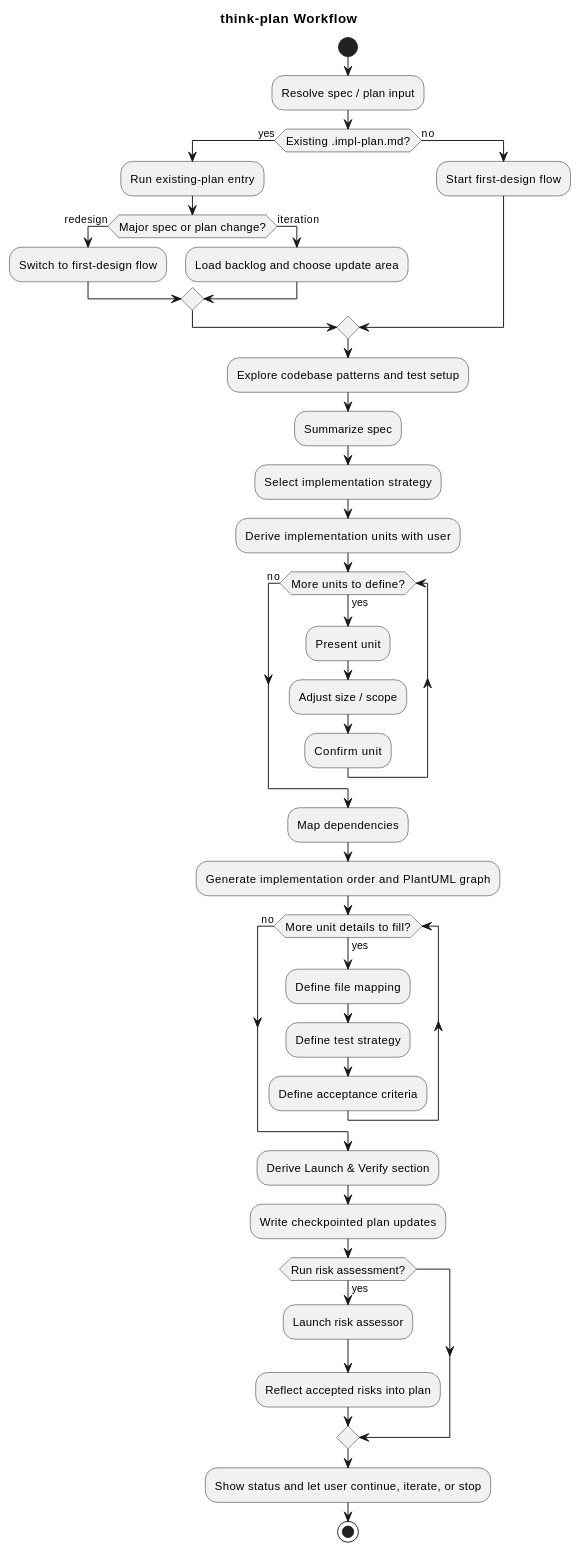
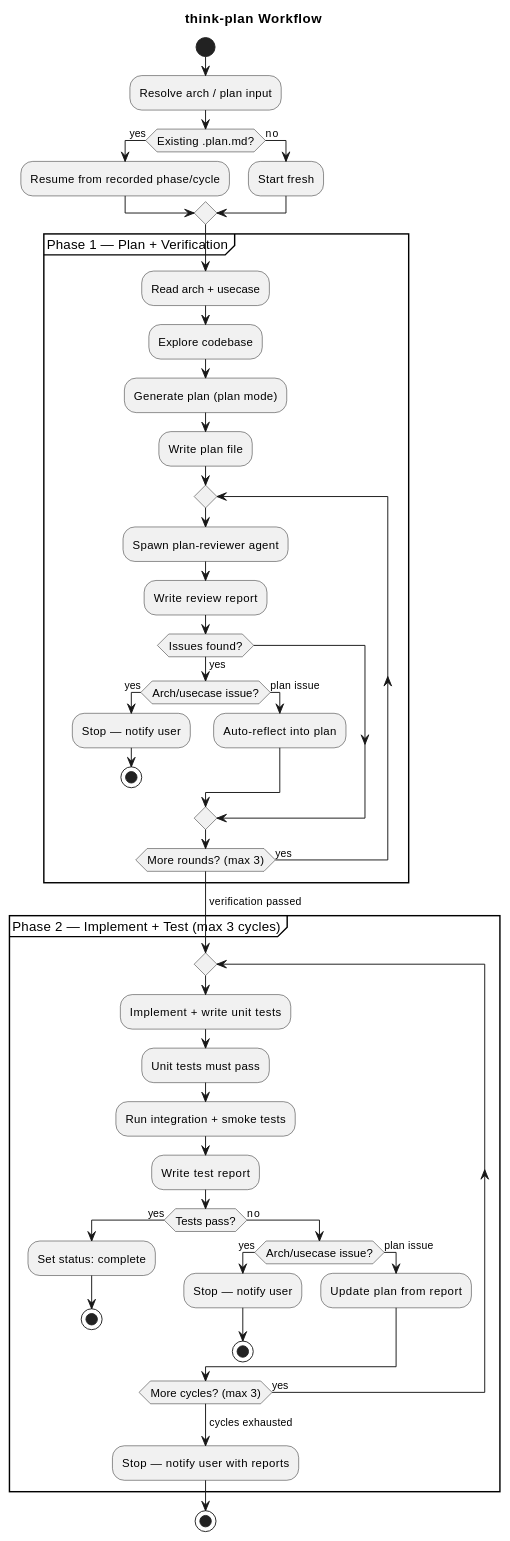
Before and after one commit to studykit/studykit-marketplace: the diagram in plugins/think/skills/think-plan/README.md, drawn with PlantUML. The commit also changed other lines of this file and 24 other files, not shown here.

First line of the commit message:
refactor(think): fold code and verify workflow into think-plan

````diff
--- a/plugins/think/skills/think-plan/README.md
+++ b/plugins/think/skills/think-plan/README.md
@@ -7,50 +7,60 @@
 ```plantuml
 @startuml think-plan-workflow
 title think-plan Workflow
 skinparam activityFontSize 12
 
 start
-:Resolve spec / plan input;
-if (Existing .impl-plan.md?) then (yes)
-  :Run existing-plan entry;
-  if (Major spec or plan change?) then (redesign)
-    :Switch to first-design flow;
-  else (iteration)
-    :Load backlog and choose update area;
-  endif
+:Resolve arch / plan input;
+
+if (Existing .plan.md?) then (yes)
+  :Resume from recorded phase/cycle;
 else (no)
-  :Start first-design flow;
+  :Start fresh;
 endif
 
-:Explore codebase patterns and test setup;
-:Summarize spec;
-:Select implementation strategy;
+partition "Phase 1 — Plan + Verification" {
+  :Read arch + usecase;
+  :Explore codebase;
+  :Generate plan (plan mode);
+  :Write plan file;
 
-:Derive implementation units with user;
-while (More units to define?) is (yes)
-  :Present unit;
-  :Adjust size / scope;
-  :Confirm unit;
-endwhile (no)
+  repeat
+    :Spawn plan-reviewer agent;
+    :Write review report;
+    if (Issues found?) then (yes)
+      if (Arch/usecase issue?) then (yes)
+        :Stop — notify user;
+        stop
+      else (plan issue)
+        :Auto-reflect into plan;
+      endif
+    endif
+  repeat while (More rounds? (max 3)) is (yes)
+  -> verification passed;
+}
 
-:Map dependencies;
-:Generate implementation order and PlantUML graph;
+partition "Phase 2 — Implement + Test (max 3 cycles)" {
+  repeat
+    :Implement + write unit tests;
+    :Unit tests must pass;
+    :Run integration + smoke tests;
+    :Write test report;
+    if (Tests pass?) then (yes)
+      :Set status: complete;
+      stop
+    else (no)
+      if (Arch/usecase issue?) then (yes)
+        :Stop — notify user;
+        stop
+      else (plan issue)
+        :Update plan from report;
+      endif
+    endif
+  repeat while (More cycles? (max 3)) is (yes)
+  -> cycles exhausted;
+  :Stop — notify user with reports;
+}
 
-while (More unit details to fill?) is (yes)
-  :Define file mapping;
-  :Define test strategy;
-  :Define acceptance criteria;
-endwhile (no)
-
-:Derive Launch & Verify section;
-:Write checkpointed plan updates;
-
-if (Run risk assessment?) then (yes)
-  :Launch risk assessor;
-  :Reflect accepted risks into plan;
-endif
-
-:Show status and let user continue, iterate, or stop;
 stop
 @enduml
 ```
````
